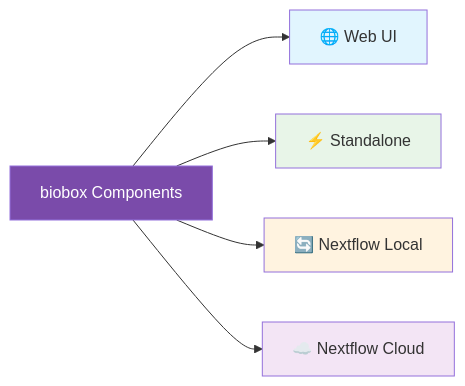
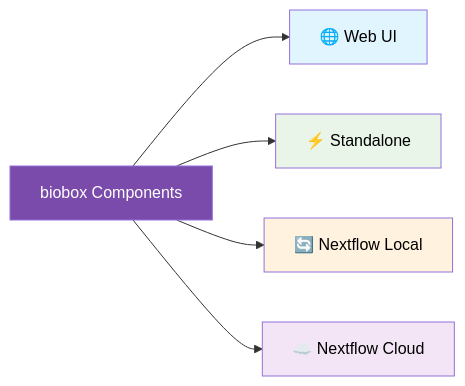
One commit to viash-hub/biobox changed the diagram in README.md. Above: the diagram before and after it, drawn with Mermaid. The commit also changed other lines of this file and 1 other file, not shown here.

Commit message:
update readme (#191)

````diff
--- a/README.md
+++ b/README.md
@@ -60,13 +60,13 @@
 ``` mermaid
 flowchart LR
     A[biobox Components] --> B[🌐 Web UI]
     A --> C[⚡ Standalone]
     A --> D[🔄 Nextflow Local]
     A --> E[☁️ Nextflow Cloud]
     
     style A fill:#7a4baa,color:#fff
-    style B fill:#e1f5fe
-    style C fill:#e8f5e8
-    style D fill:#fff3e0
-    style E fill:#f3e5f5
+    style B fill:#e1f5fe,color:#000
+    style C fill:#e8f5e8,color:#000
+    style D fill:#fff3e0,color:#000
+    style E fill:#f3e5f5,color:#000
 ```
````
